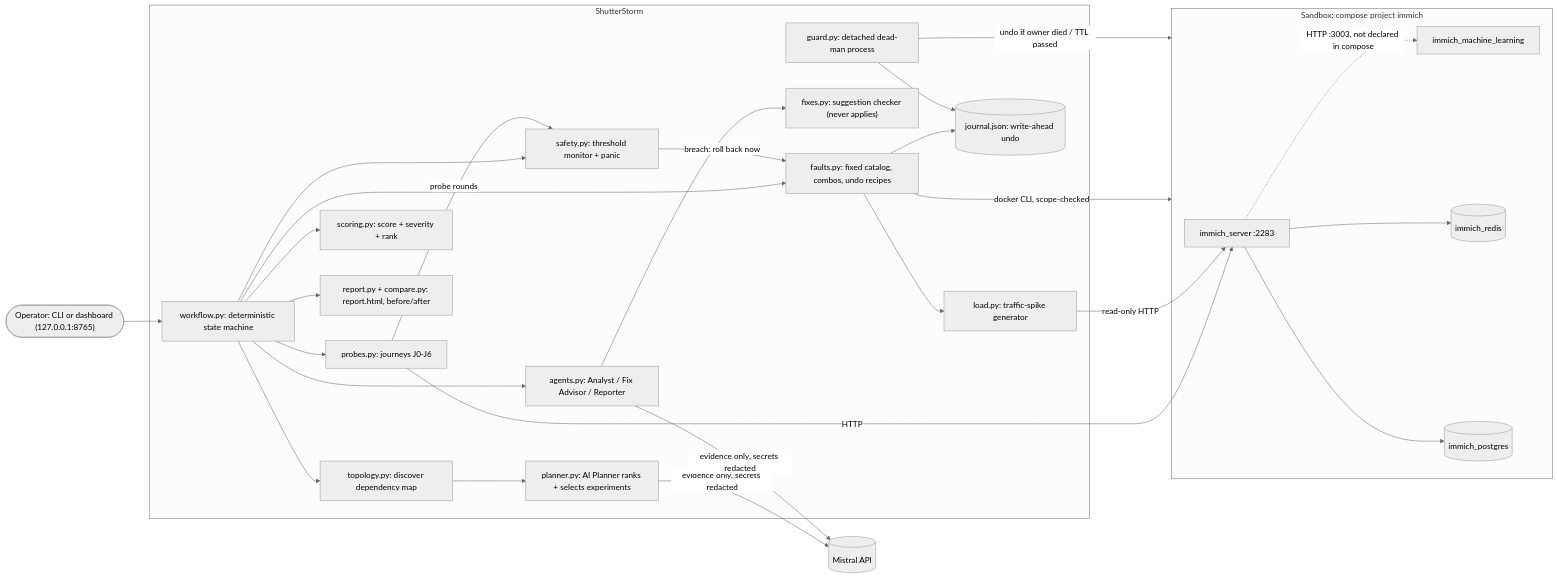
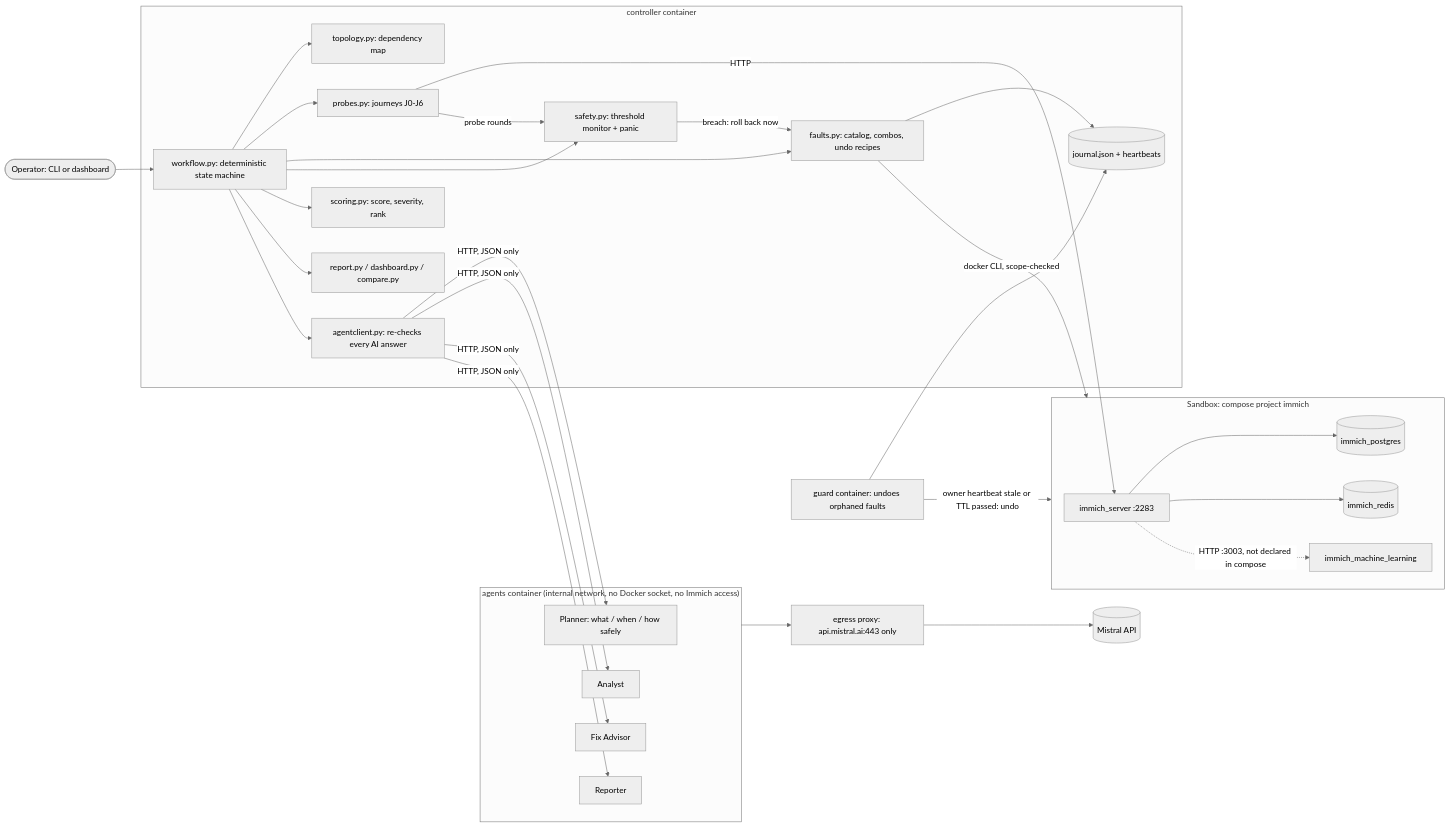
The diagram in docs/ARCHITECTURE.md (Shashank-Koppella/ShutterStorm), drawn with Mermaid (neutral theme) before and after one commit. The commit also changed other lines of this file and 6 other files, not shown here.

Commit message:
Docs: AI decides what/when/how safely, container mode, findings from the AI-decided run 20261011-003228-run

````diff
--- a/docs/ARCHITECTURE.md
+++ b/docs/ARCHITECTURE.md
@@ -5,38 +5,36 @@
 ```mermaid
 flowchart LR
-  op(["Operator: CLI or dashboard (127.0.0.1:8765)"])
-  subgraph SS["ShutterStorm"]
-    T["topology.py: discover dependency map"]
-    PL["planner.py: AI Planner ranks + selects experiments"]
+  op(["Operator: CLI or dashboard"])
+  subgraph AIBOX["agents container (internal network, no Docker socket, no Immich access)"]
+    PL["Planner: what / when / how safely"]
+    AN["Analyst"]; FA["Fix Advisor"]; RP["Reporter"]
+  end
+  EG["egress proxy: api.mistral.ai:443 only"]
+  subgraph CTRL["controller container"]
     WF["workflow.py: deterministic state machine"]
+    AC["agentclient.py: re-checks every AI answer"]
+    T["topology.py: dependency map"]
     P["probes.py: journeys J0-J6"]
-    F["faults.py: fixed catalog, combos, undo recipes"]
-    LD["load.py: traffic-spike generator"]
+    F["faults.py: catalog, combos, undo recipes"]
     SM["safety.py: threshold monitor + panic"]
-    SC["scoring.py: score + severity + rank"]
-    AG["agents.py: Analyst / Fix Advisor / Reporter"]
-    FX["fixes.py: suggestion checker (never applies)"]
-    J[("journal.json: write-ahead undo")]
-    G["guard.py: detached dead-man process"]
-    R["report.py + compare.py: report.html, before/after"]
+    SC["scoring.py: score, severity, rank"]
+    R["report.py / dashboard.py / compare.py"]
+    J[("journal.json + heartbeats")]
   end
+  G["guard container: undoes orphaned faults"]
   subgraph SB["Sandbox: compose project immich"]
     S["immich_server :2283"]; ML["immich_machine_learning"]; RD[("immich_redis")]; DB[("immich_postgres")]
   end
   op --> WF
-  WF --> T --> PL
-  WF --> P & F & SM & SC & AG & R
-  P -->|"probe rounds"| SM
-  SM -->|"breach: roll back now"| F
-  AG --> FX
+  WF --> T & P & F & SM & SC & R
+  WF --> AC -->|"HTTP, JSON only"| PL & AN & FA & RP
+  AIBOX --> EG --> MI[("Mistral API")]
   P -->|HTTP| S
-  LD -->|"read-only HTTP"| S
-  F --> LD
+  P -->|"probe rounds"| SM -->|"breach: roll back now"| F
   F -->|"docker CLI, scope-checked"| SB
   F --> J
   G --> J
-  G -->|"undo if owner died / TTL passed"| SB
-  PL & AG -->|"evidence only, secrets redacted"| MI[("Mistral API")]
+  G -->|"owner heartbeat stale or TTL passed: undo"| SB
   S --> DB & RD
   S -. "HTTP :3003, not declared in compose" .-> ML
 ```
````
